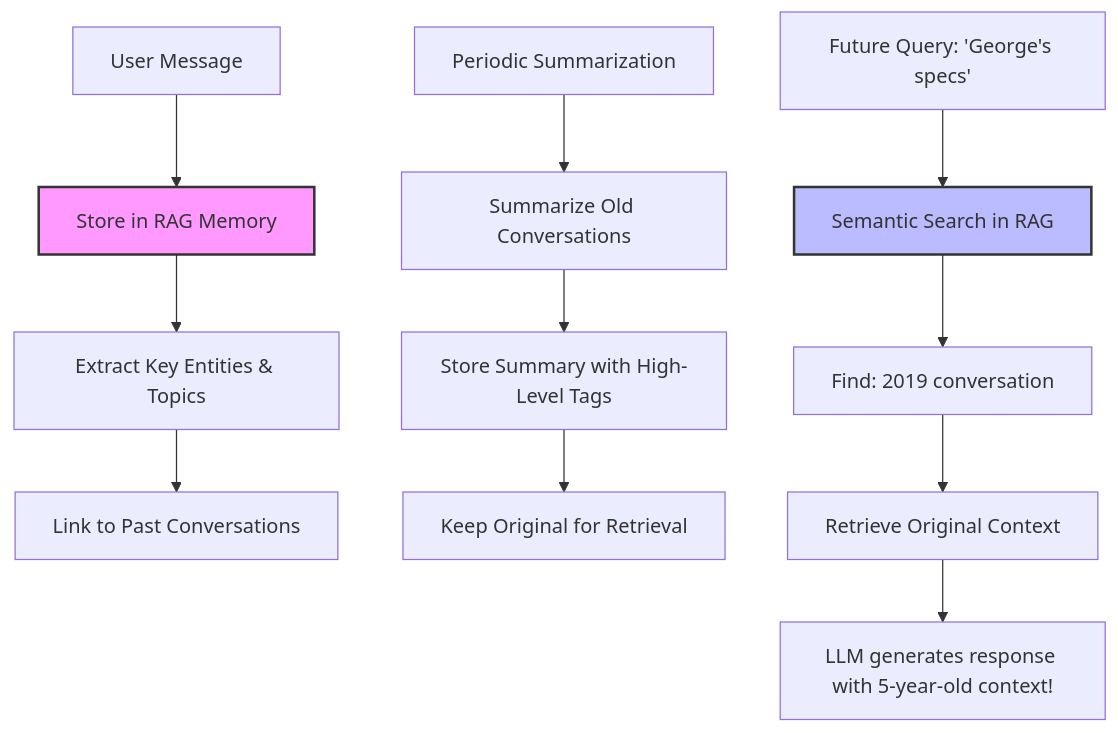
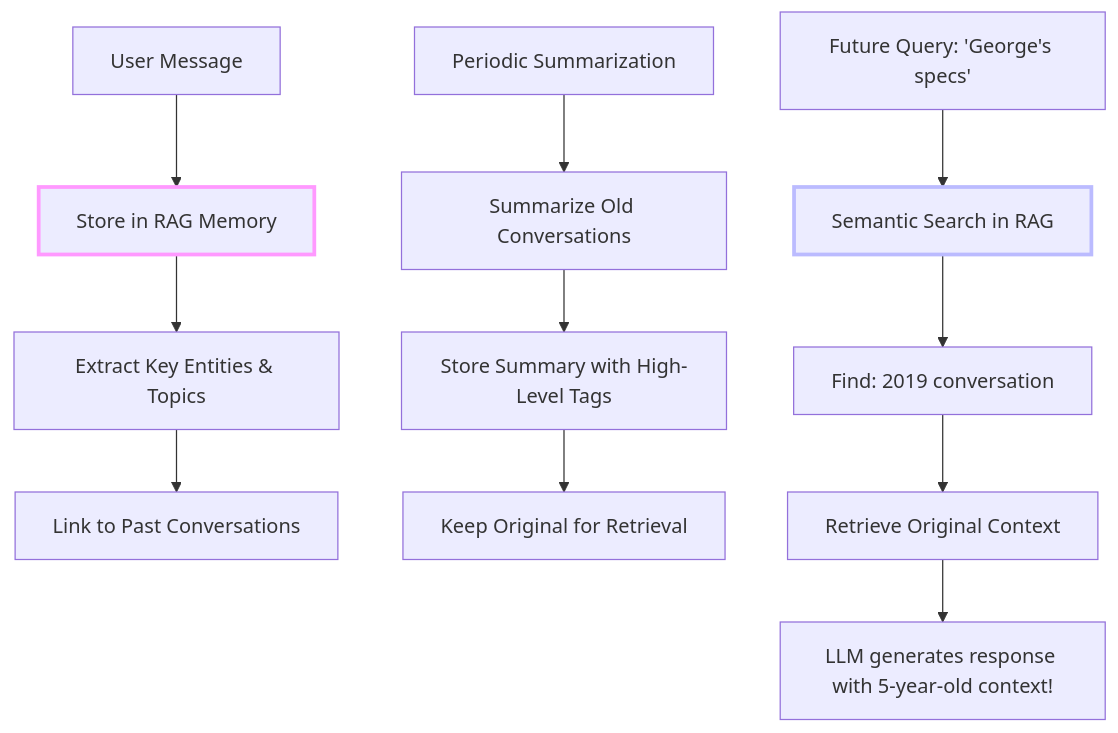
Before and after one commit to Shaddix/mostlylucidweb: the ninth of 9 diagrams in Mostlylucid/Markdown/rag-primer.md, drawn with Mermaid. The commit also changed other lines of this file and 7 other files, not shown here.

````diff
--- a/Mostlylucid/Markdown/rag-primer.md
+++ b/Mostlylucid/Markdown/rag-primer.md
@@ -1973,18 +2029,18 @@
 ```mermaid
 flowchart TB
     A[User Message] --> B[Store in RAG Memory]
     B --> C[Extract Key Entities & Topics]
     C --> D[Link to Past Conversations]
 
     E[Periodic Summarization] --> F[Summarize Old Conversations]
     F --> G[Store Summary with High-Level Tags]
     G --> H[Keep Original for Retrieval]
 
     I[Future Query: 'George's specs'] --> J[Semantic Search in RAG]
     J --> K[Find: 2019 conversation]
     K --> L[Retrieve Original Context]
     L --> M[LLM generates response with 5-year-old context!]
 
-    style B fill:#f9f,stroke:#333,stroke-width:2px
-    style J fill:#bbf,stroke:#333,stroke-width:2px
+    style B stroke:#f9f,stroke-width:3px
+    style J stroke:#bbf,stroke-width:3px
 ```
````
